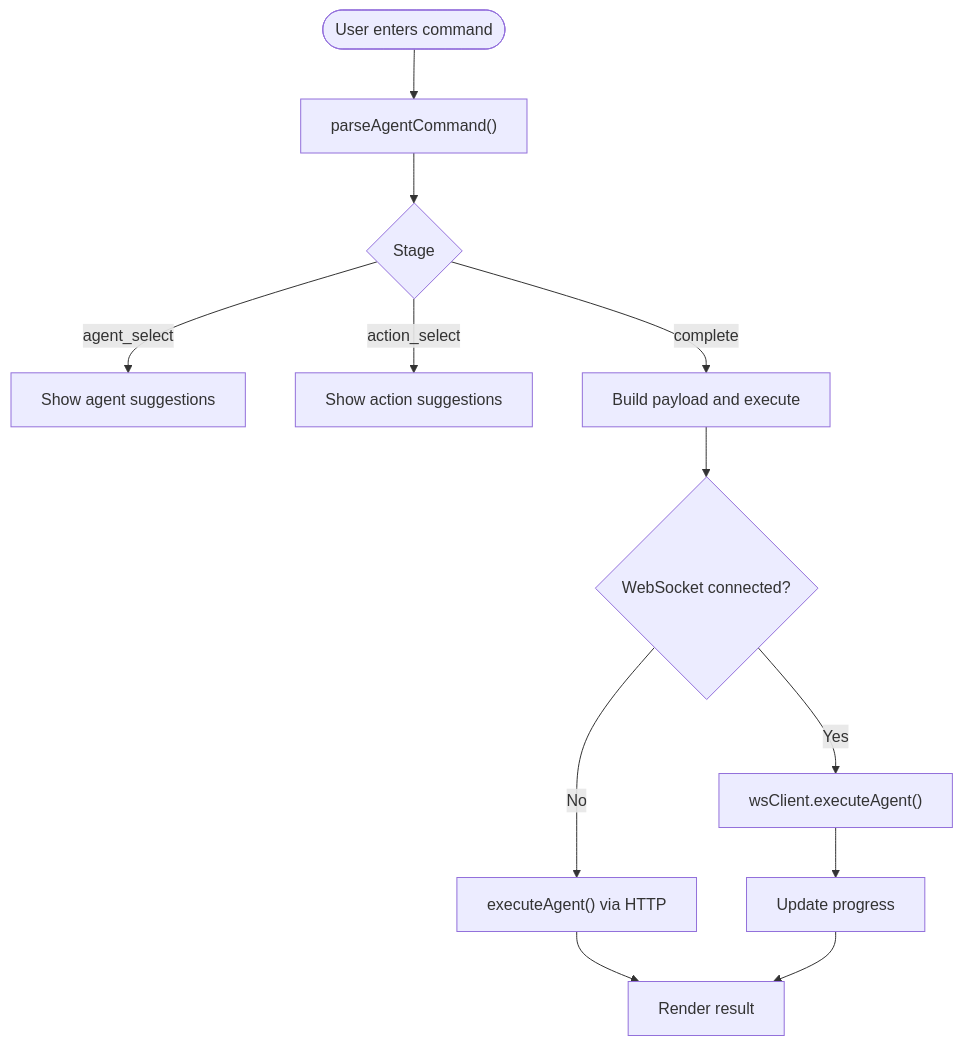
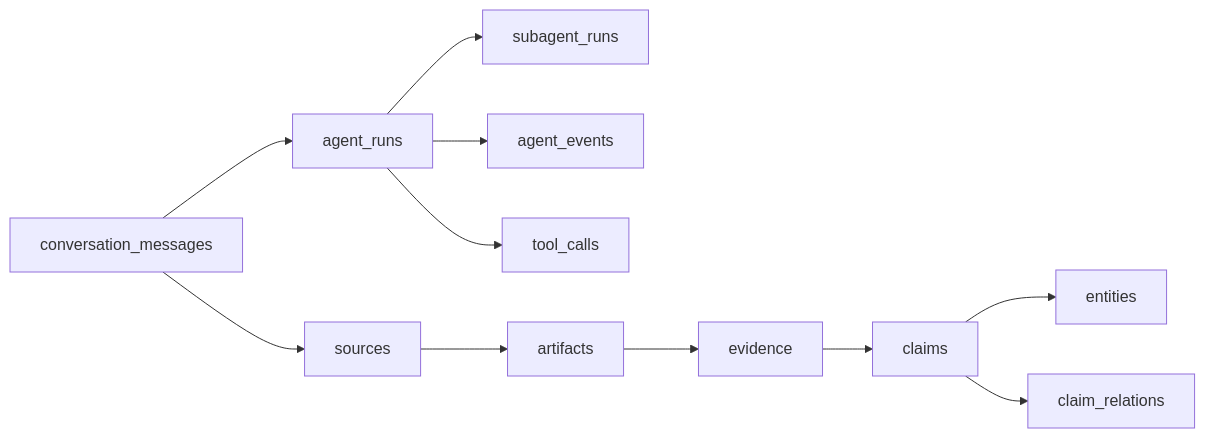
One commit to tashifkhan/tashif.codes changed the second of 8 diagrams in src/data/docs/agentic-browser/System Architecture/Component Interactions and Data Flow.md. Above: the diagram before and after it, drawn with Mermaid. The commit also changed other lines of this file and 114 other files, not shown here.

````diff
--- a/src/data/docs/agentic-browser/System Architecture/Component Interactions and Data Flow.md
+++ b/src/data/docs/agentic-browser/System Architecture/Component Interactions and Data Flow.md
@@ -117,14 +70,13 @@
 ```mermaid
-flowchart TD
-Start(["User enters command"]) --> Parse["parseAgentCommand()"]
-Parse --> Stage{"Stage"}
-Stage --> |agent_select| SuggestAgents["Show agent suggestions"]
-Stage --> |action_select| SuggestActions["Show action suggestions"]
-Stage --> |complete| BuildPayload["Build payload and execute"]
-BuildPayload --> WSMode{"WebSocket connected?"}
-WSMode --> |Yes| WSExec["wsClient.executeAgent()"]
-WSMode --> |No| HTTPExec["executeAgent() via HTTP"]
-WSExec --> Progress["Update progress"]
-HTTPExec --> Result["Render result"]
-Progress --> Result
+flowchart LR
+  Msg["conversation_messages"] --> Run["agent_runs"]
+  Run --> Sub["subagent_runs"]
+  Run --> Ev["agent_events"]
+  Run --> TC["tool_calls"]
+  Msg --> Source["sources"]
+  Source --> Artifact["artifacts"]
+  Artifact --> Evidence["evidence"]
+  Evidence --> Claim["claims"]
+  Claim --> Entity["entities"]
+  Claim --> Rel["claim_relations"]
 ```
````
